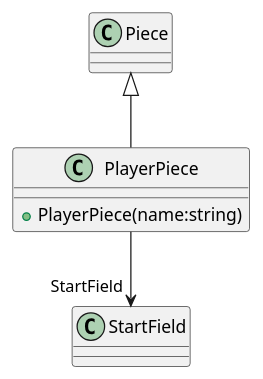
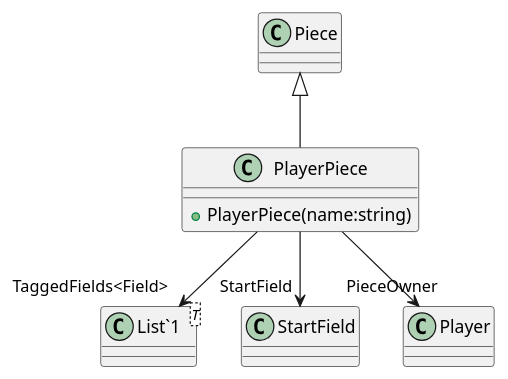
One commit to Evert-Arends/barricadegameModel3 changed the diagram in Barricade/Models/PlayerPiece.puml. Above: the diagram before and after it, drawn with PlantUML. The commit also changed 16 other files, not shown here.

```diff
--- a/Barricade/Models/PlayerPiece.puml
+++ b/Barricade/Models/PlayerPiece.puml
@@ -1,7 +1,11 @@
 @startuml
 class PlayerPiece {
     + PlayerPiece(name:string)
 }
+class "List`1"<T> {
+}
 Piece <|-- PlayerPiece
 PlayerPiece --> "StartField" StartField
+PlayerPiece --> "PieceOwner" Player
+PlayerPiece --> "TaggedFields<Field>" "List`1"
 @enduml
```
